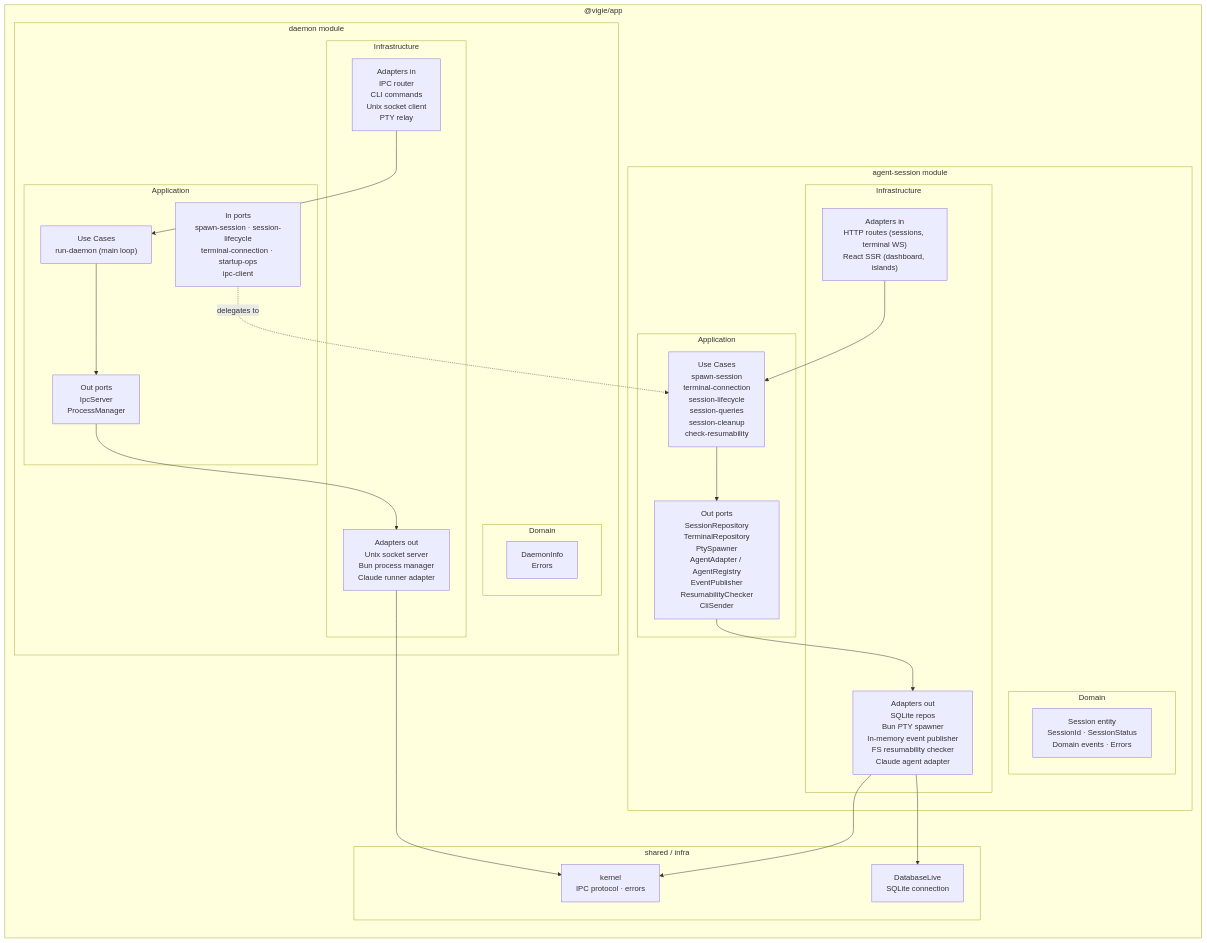
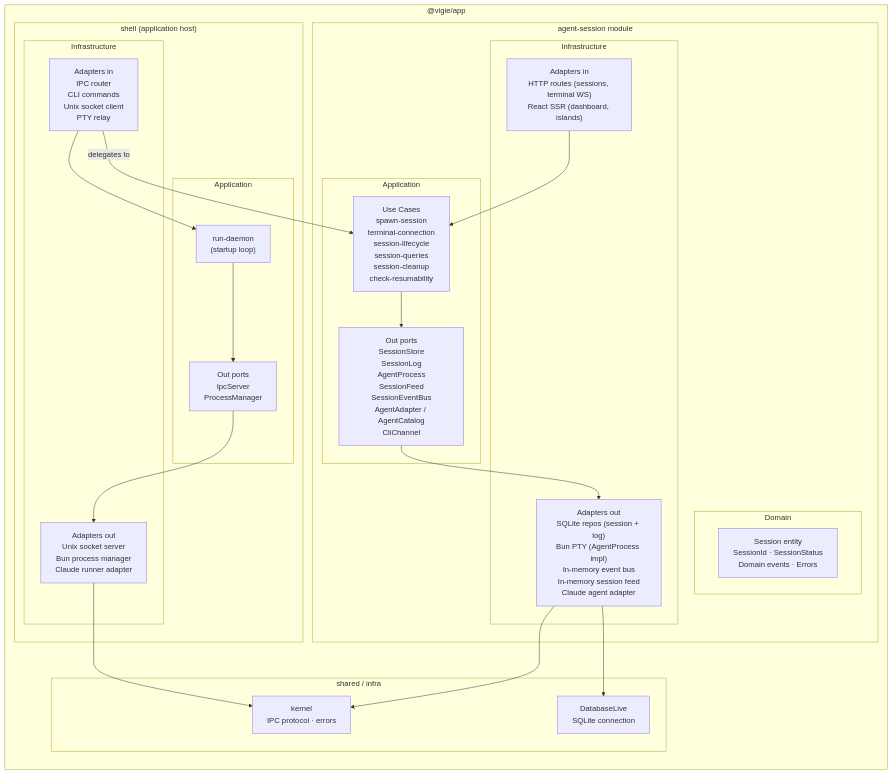
The first of 3 diagrams in docs/architecture/modules.md (get-tmonier/vigie), drawn with Mermaid before and after one commit. The commit also changed other lines of this file and 164 other files, not shown here.

First line of the commit message:
refactor(daemon): fix server startup and improve architectural hygiene                                                                                            (#31)

````diff
--- a/docs/architecture/modules.md
+++ b/docs/architecture/modules.md
@@ -7,49 +7,45 @@
 ```mermaid
 graph LR
     subgraph app["@vigie/app"]
         subgraph agent_session["agent-session module"]
             subgraph as_domain["Domain"]
                 AS_E["Session entity<br/>SessionId · SessionStatus<br/>Domain events · Errors"]
             end
             subgraph as_app["Application"]
                 AS_UC["Use Cases<br/>spawn-session<br/>terminal-connection<br/>session-lifecycle<br/>session-queries<br/>session-cleanup<br/>check-resumability"]
-                AS_PORT_OUT["Out ports<br/>SessionRepository<br/>TerminalRepository<br/>PtySpawner<br/>AgentAdapter / AgentRegistry<br/>EventPublisher<br/>ResumabilityChecker<br/>CliSender"]
+                AS_PORT_OUT["Out ports<br/>SessionStore<br/>SessionLog<br/>AgentProcess<br/>SessionFeed<br/>SessionEventBus<br/>AgentAdapter / AgentCatalog<br/>CliChannel"]
             end
             subgraph as_infra["Infrastructure"]
                 AS_IN["Adapters in<br/>HTTP routes (sessions, terminal WS)<br/>React SSR (dashboard, islands)"]
-                AS_OUT["Adapters out<br/>SQLite repos<br/>Bun PTY spawner<br/>In-memory event publisher<br/>FS resumability checker<br/>Claude agent adapter"]
+                AS_OUT["Adapters out<br/>SQLite repos (session + log)<br/>Bun PTY (AgentProcess impl)<br/>In-memory event bus<br/>In-memory session feed<br/>Claude agent adapter"]
             end
         end
 
-        subgraph daemon_mod["daemon module"]
-            subgraph d_domain["Domain"]
-                D_E["DaemonInfo<br/>Errors"]
+        subgraph shell_mod["shell (application host)"]
+            subgraph s_app["Application"]
+                S_UC["run-daemon<br/>(startup loop)"]
+                S_PORT_OUT["Out ports<br/>IpcServer<br/>ProcessManager"]
             end
-            subgraph d_app["Application"]
-                D_UC["Use Cases<br/>run-daemon (main loop)"]
-                D_PORT_IN["In ports<br/>spawn-session · session-lifecycle<br/>terminal-connection · startup-ops<br/>ipc-client"]
-                D_PORT_OUT["Out ports<br/>IpcServer<br/>ProcessManager"]
-            end
-            subgraph d_infra["Infrastructure"]
-                D_IN["Adapters in<br/>IPC router<br/>CLI commands<br/>Unix socket client<br/>PTY relay"]
-                D_OUT["Adapters out<br/>Unix socket server<br/>Bun process manager<br/>Claude runner adapter"]
+            subgraph s_infra["Infrastructure"]
+                S_IN["Adapters in<br/>IPC router<br/>CLI commands<br/>Unix socket client<br/>PTY relay"]
+                S_OUT["Adapters out<br/>Unix socket server<br/>Bun process manager<br/>Claude runner adapter"]
             end
         end
 
         subgraph shared["shared / infra"]
             KERNEL["kernel<br/>IPC protocol · errors"]
             DB["DatabaseLive<br/>SQLite connection"]
         end
     end
 
     AS_PORT_OUT --> AS_OUT
     AS_IN --> AS_UC
     AS_UC --> AS_PORT_OUT
-    D_PORT_IN -.->|"delegates to"| AS_UC
-    D_IN --> D_UC
-    D_UC --> D_PORT_OUT
-    D_PORT_OUT --> D_OUT
+    S_IN -->|"delegates to"| AS_UC
+    S_IN --> S_UC
+    S_UC --> S_PORT_OUT
+    S_PORT_OUT --> S_OUT
     AS_OUT --> DB
-    D_OUT --> KERNEL
+    S_OUT --> KERNEL
     AS_OUT --> KERNEL
 ```
````
